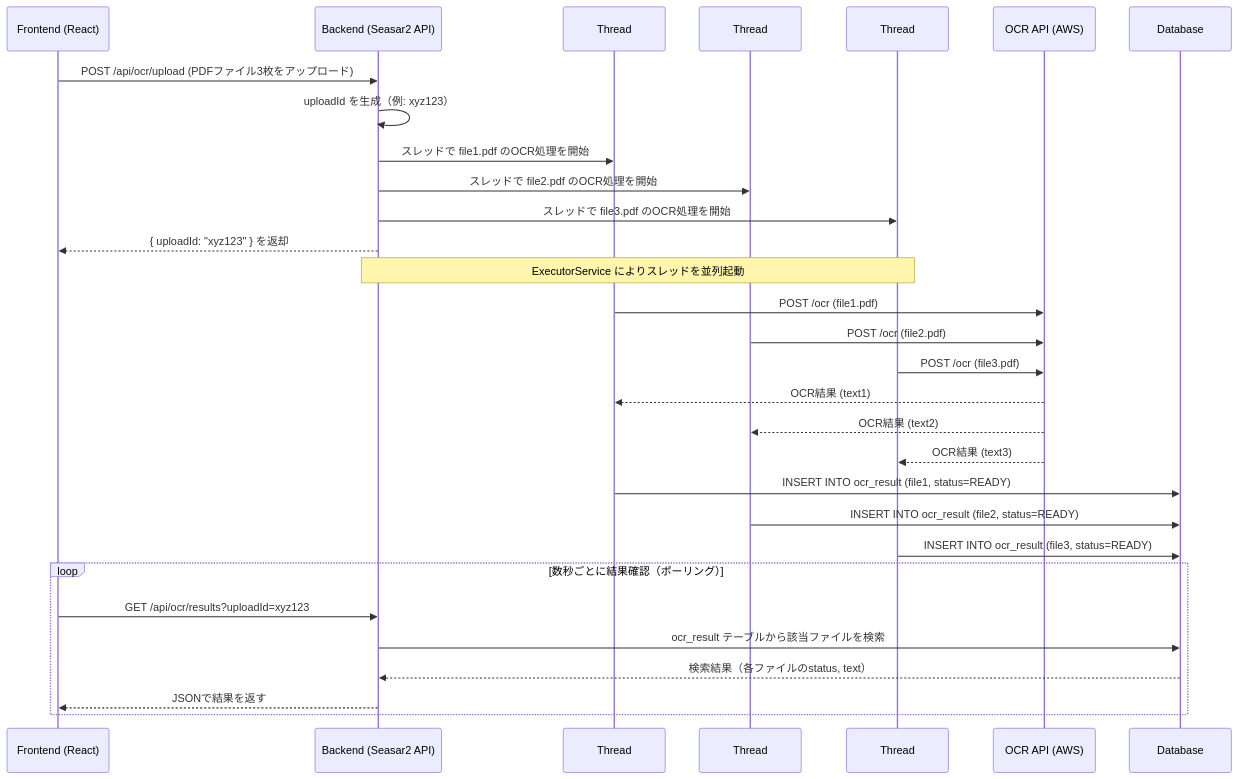
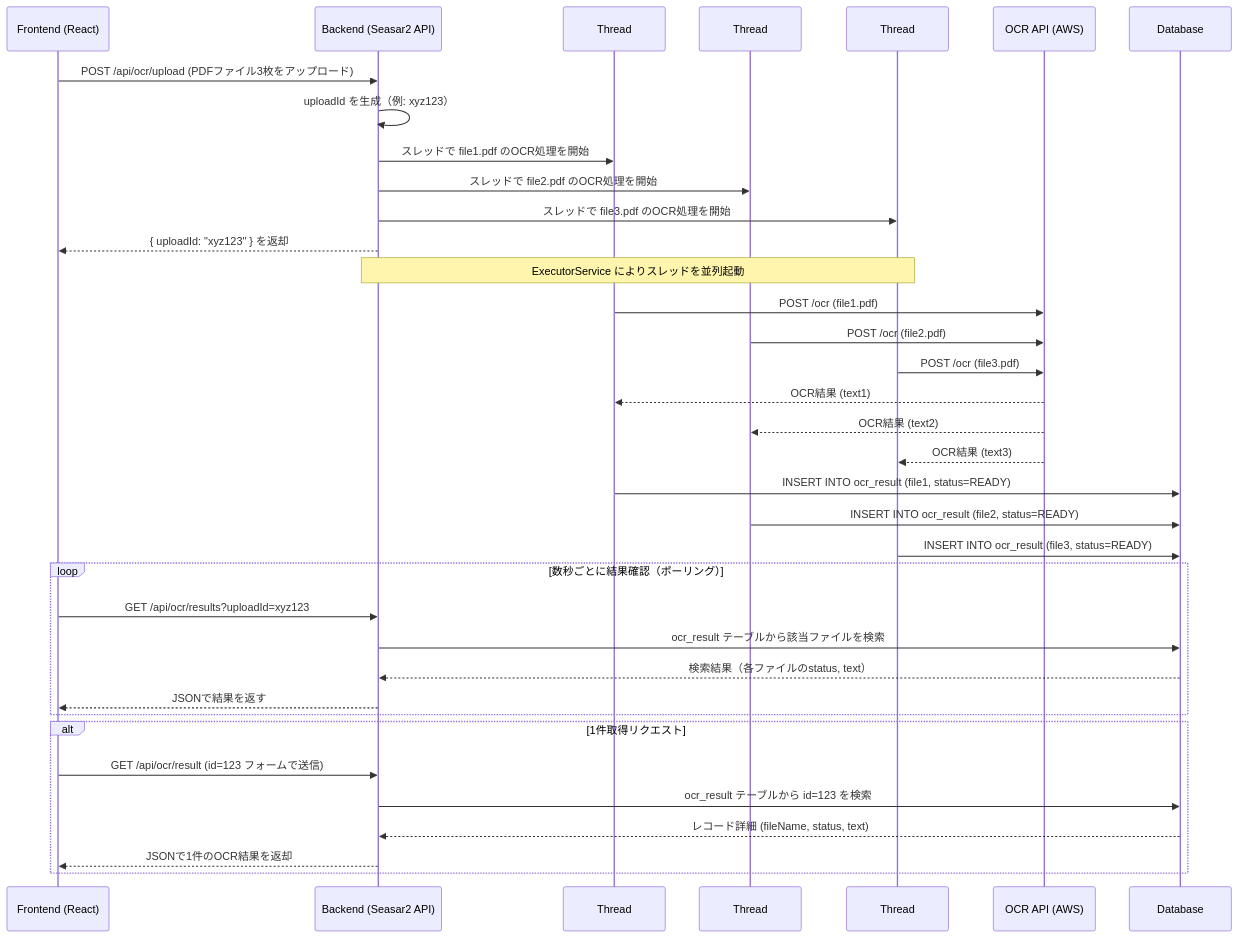
One commit to Ruii1112/tome changed the diagram in someOcr.md. Above: the diagram before and after it, drawn with Mermaid. The commit also changed other lines of this file, not shown here.

````diff
--- a/someOcr.md
+++ b/someOcr.md
@@ -2,40 +2,47 @@
 ```mermaid
 sequenceDiagram
     participant Frontend as Frontend (React)
     participant Backend as Backend (Seasar2 API)
     participant Thread1 as Thread #1
     participant Thread2 as Thread #2
     participant Thread3 as Thread #3
     participant OCR as OCR API (AWS)
     participant DB as Database
 
     Frontend->>Backend: POST /api/ocr/upload (PDFファイル3枚をアップロード)
     Backend->>Backend: uploadId を生成（例: xyz123）
 
     Backend->>Thread1: スレッドで file1.pdf のOCR処理を開始
     Backend->>Thread2: スレッドで file2.pdf のOCR処理を開始
     Backend->>Thread3: スレッドで file3.pdf のOCR処理を開始
 
     Backend-->>Frontend: { uploadId: "xyz123" } を返却
 
     Note over Backend,Thread3: ExecutorService によりスレッドを並列起動
 
     Thread1->>OCR: POST /ocr (file1.pdf)
     Thread2->>OCR: POST /ocr (file2.pdf)
     Thread3->>OCR: POST /ocr (file3.pdf)
 
     OCR-->>Thread1: OCR結果 (text1)
     OCR-->>Thread2: OCR結果 (text2)
     OCR-->>Thread3: OCR結果 (text3)
 
     Thread1->>DB: INSERT INTO ocr_result (file1, status=READY)
     Thread2->>DB: INSERT INTO ocr_result (file2, status=READY)
     Thread3->>DB: INSERT INTO ocr_result (file3, status=READY)
 
     loop 数秒ごとに結果確認（ポーリング）
         Frontend->>Backend: GET /api/ocr/results?uploadId=xyz123
         Backend->>DB: ocr_result テーブルから該当ファイルを検索
         DB-->>Backend: 検索結果（各ファイルのstatus, text）
         Backend-->>Frontend: JSONで結果を返す
     end
+
+    alt 1件取得リクエスト
+        Frontend->>Backend: GET /api/ocr/result (id=123 フォームで送信)
+        Backend->>DB: ocr_result テーブルから id=123 を検索
+        DB-->>Backend: レコード詳細 (fileName, status, text)
+        Backend-->>Frontend: JSONで1件のOCR結果を返却
+    end
 ```
````
